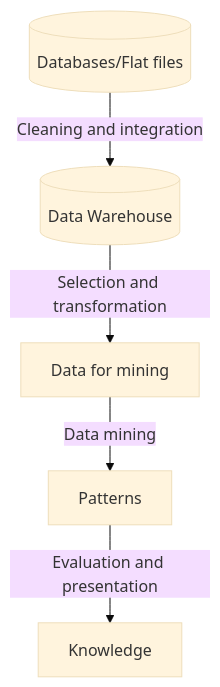
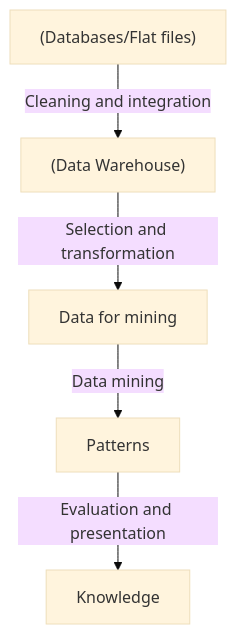
One commit to DeepLumiere/DeepSkills changed the second of 4 diagrams in notes/data_analysis/Chapter2_Types_of_Data.md. Above: the diagram before and after it, drawn with Mermaid (base theme). The commit also changed other lines of this file and 23 other files, not shown here.

First line of the commit message:
fix: sanitize all Mermaid 10.x diagrams and expand Microprocessors exam guide

````diff
--- a/notes/data_analysis/Chapter2_Types_of_Data.md
+++ b/notes/data_analysis/Chapter2_Types_of_Data.md
@@ -80,7 +80,7 @@
 ```mermaid
 flowchart TD
-    DB[(Databases/Flat files)] --> |Cleaning and integration| DW[(Data Warehouse)]
-    DW --> |Selection and transformation| DM_Data[Data for mining]
-    DM_Data --> |Data mining| Pat[Patterns]
-    Pat --> |Evaluation and presentation| Know[Knowledge]
+    DB["(Databases/Flat files)"] --> |Cleaning and integration| DW["(Data Warehouse)"]
+    DW --> |Selection and transformation| DM_Data["Data for mining"]
+    DM_Data --> |Data mining| Pat["Patterns"]
+    Pat --> |Evaluation and presentation| Know["Knowledge"]
 ```
````
